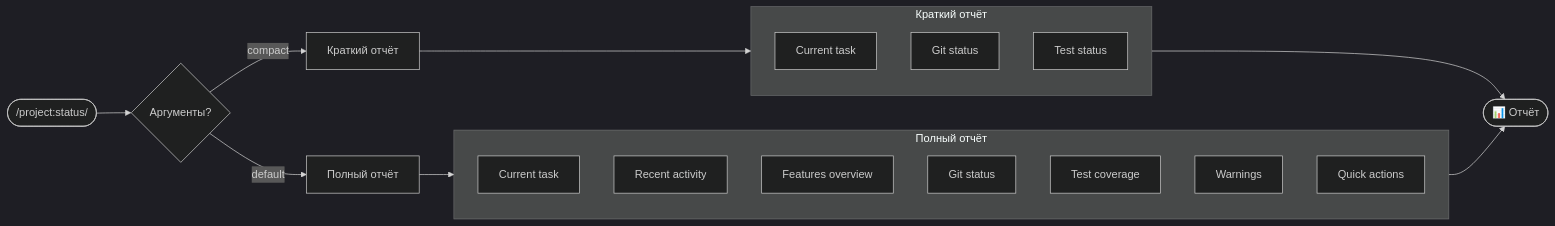
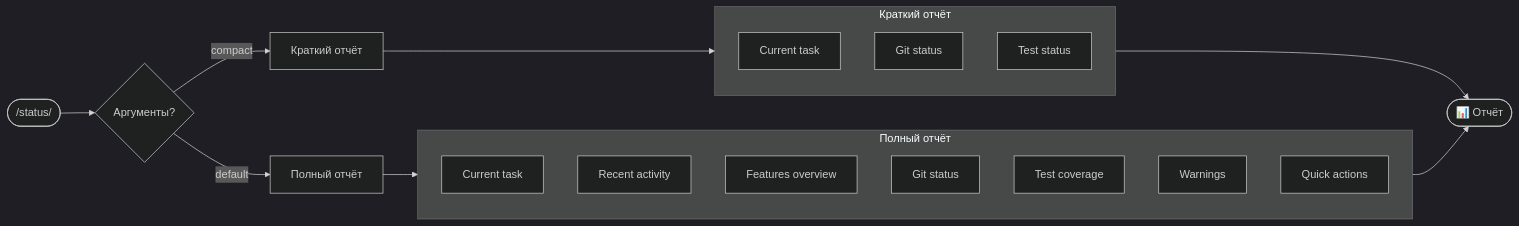
Before and after one commit to nikitaCodeSave/Claude-Code-Kit: the seventh of 12 diagrams in SCENARIOS.md, drawn with Mermaid (dark theme). The commit also changed other lines of this file and 17 other files, not shown here.

````diff
--- a/SCENARIOS.md
+++ b/SCENARIOS.md
@@ -320,29 +320,29 @@
 ```mermaid
 flowchart LR
-    START([/project:status/]) --> MODE{Аргументы?}
+    START([/status/]) --> MODE{Аргументы?}
     
     MODE -->|compact| COMPACT[Краткий отчёт]
     MODE -->|default| FULL[Полный отчёт]
     
     subgraph COMPACT_REPORT[Краткий отчёт]
         C1[Current task]
         C2[Git status]
         C3[Test status]
     end
     
     subgraph FULL_REPORT[Полный отчёт]
         F1[Current task]
         F2[Recent activity]
         F3[Features overview]
         F4[Git status]
         F5[Test coverage]
         F6[Warnings]
         F7[Quick actions]
     end
     
     COMPACT --> COMPACT_REPORT
     FULL --> FULL_REPORT
     
     COMPACT_REPORT --> OUTPUT([📊 Отчёт])
     FULL_REPORT --> OUTPUT
 ```
````
